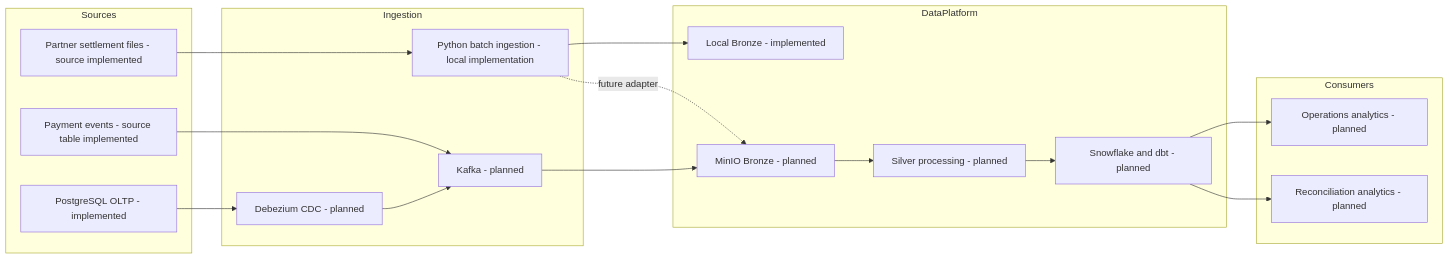
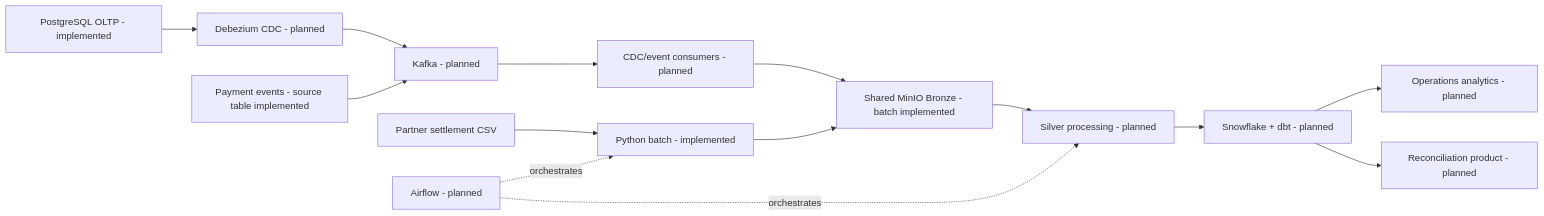
The second of 2 diagrams in docs/architecture/target-architecture.md (minzi03/fintech-payments-data-platform), drawn with Mermaid before and after one commit. The commit also changed other lines of this file and 35 other files, not shown here.

Commit message:
feat: add MinIO-backed shared bronze storage

````diff
--- a/docs/architecture/target-architecture.md
+++ b/docs/architecture/target-architecture.md
@@ -73,34 +49,16 @@
 ```mermaid
 flowchart LR
-    subgraph Sources
-        OLTP["PostgreSQL OLTP - implemented"]
-        EVENTS["Payment events - source table implemented"]
-        FILES["Partner settlement files - source implemented"]
-    end
-
-    subgraph Ingestion
-        CDC["Debezium CDC - planned"]
-        KAFKA["Kafka - planned"]
-        BATCH["Python batch ingestion - local implementation"]
-    end
-
-    subgraph DataPlatform
-        LOCAL["Local Bronze - implemented"]
-        BRONZE["MinIO Bronze - planned"]
-        SILVER["Silver processing - planned"]
-        WAREHOUSE["Snowflake and dbt - planned"]
-    end
-
-    subgraph Consumers
-        OPS["Operations analytics - planned"]
-        FIN["Reconciliation analytics - planned"]
-    end
-
-    OLTP --> CDC --> KAFKA --> BRONZE
-    EVENTS --> KAFKA
-    FILES --> BATCH --> LOCAL
-    BATCH -. future adapter .-> BRONZE
-    BRONZE --> SILVER --> WAREHOUSE
-    WAREHOUSE --> OPS
-    WAREHOUSE --> FIN
+    PG["PostgreSQL OLTP - implemented"] --> CDC["Debezium CDC - planned"]
+    CDC --> KAFKA["Kafka - planned"]
+    EVENTS["Payment events - source table implemented"] --> KAFKA
+    FILES["Partner settlement CSV"] --> BATCH["Python batch - implemented"]
+    KAFKA --> CONSUMER["CDC/event consumers - planned"]
+    BATCH --> BRONZE["Shared MinIO Bronze - batch implemented"]
+    CONSUMER --> BRONZE
+    BRONZE --> SILVER["Silver processing - planned"]
+    SILVER --> WH["Snowflake + dbt - planned"]
+    WH --> OPS["Operations analytics - planned"]
+    WH --> RECON["Reconciliation product - planned"]
+    AIRFLOW["Airflow - planned"] -. orchestrates .-> BATCH
+    AIRFLOW -. orchestrates .-> SILVER
 ```
````
